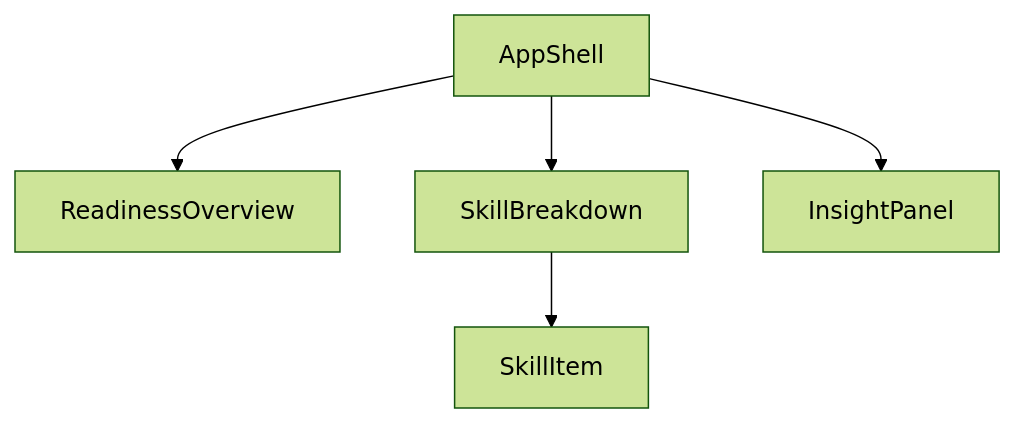
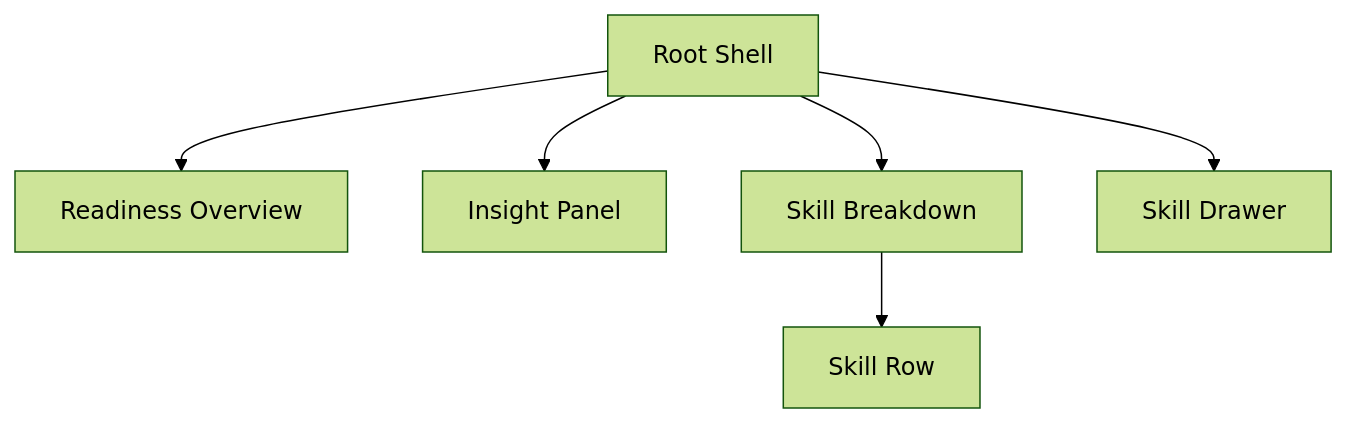
The second of 2 diagrams in docs/system-design.md (hermitex/quest-learner-readiness), drawn with Mermaid (forest theme) before and after one commit. The commit also changed other lines of this file and 5 other files, not shown here.

````diff
--- a/docs/system-design.md
+++ b/docs/system-design.md
@@ -139,8 +110,9 @@
 ```mermaid
 graph TD
-  A[AppShell]
-  A --> B[ReadinessOverview]
-  A --> C[SkillBreakdown]
-  C --> D[SkillItem]
-  A --> E[InsightPanel]
+  A[Root Shell]
+  A --> B[Readiness Overview]
+  A --> C[Insight Panel]
+  A --> D[Skill Breakdown]
+  D --> E[Skill Row]
+  A --> F[Skill Drawer]
 ```
````
